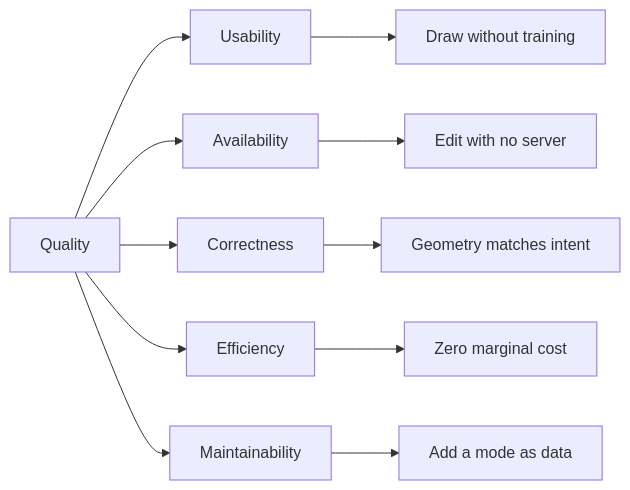
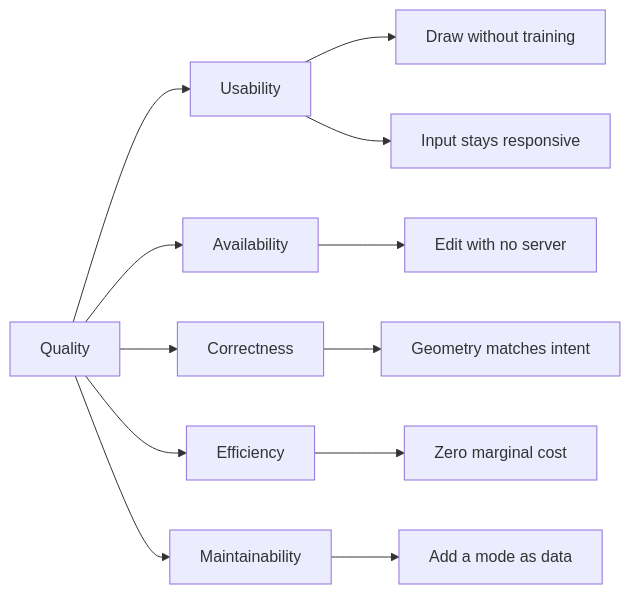
The fifth of 5 diagrams in docs/development/explanation/architecture.md (LasVegasForTransit/transit-mapper), drawn with Mermaid before and after one commit. The commit also changed other lines of this file and 60 other files, not shown here.

````diff
--- a/docs/development/explanation/architecture.md
+++ b/docs/development/explanation/architecture.md
@@ -467,13 +487,14 @@
 ```mermaid
 flowchart LR
   q[Quality] --> u[Usability]
   q --> a[Availability]
   q --> c[Correctness]
   q --> e[Efficiency]
   q --> m[Maintainability]
   u --> u1[Draw without training]
+  u --> u2[Input stays responsive]
   a --> a1[Edit with no server]
   c --> c1[Geometry matches intent]
   e --> e1[Zero marginal cost]
   m --> m1[Add a mode as data]
 ```
````
